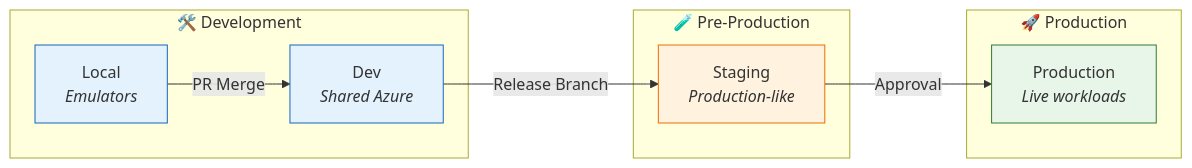
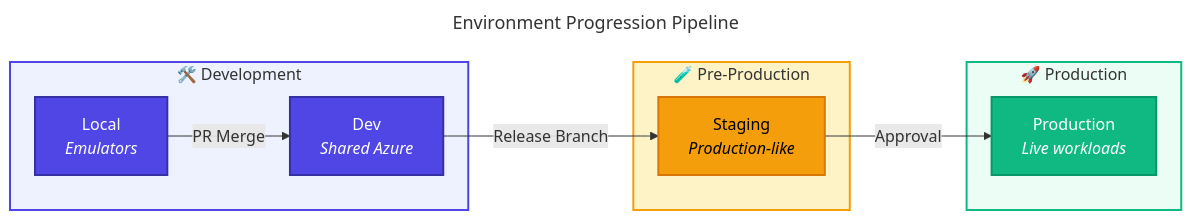
Before and after one commit to Evilazaro/Azure-LogicApps-Monitoring: the second of 2 diagrams in docs/architecture/04-technology-architecture.md, drawn with Mermaid. The commit also changed other lines of this file and 1 other file, not shown here.

Commit message:
refactor: Enhance technology and observability architecture documentation with improved diagrams, connections, and class definitions

````diff
--- a/docs/architecture/04-technology-architecture.md
+++ b/docs/architecture/04-technology-architecture.md
@@ -201,27 +222,41 @@
 ```mermaid
+---
+title: Environment Progression Pipeline
+---
 flowchart LR
+    %% ===== DEVELOPMENT =====
     subgraph Dev["🛠️ Development"]
         Local["Local<br/><i>Emulators</i>"]
         DevEnv["Dev<br/><i>Shared Azure</i>"]
     end
 
+    %% ===== PRE-PRODUCTION =====
     subgraph PreProd["🧪 Pre-Production"]
         Staging["Staging<br/><i>Production-like</i>"]
     end
 
+    %% ===== PRODUCTION =====
     subgraph Prod["🚀 Production"]
         ProdMain["Production<br/><i>Live workloads</i>"]
     end
 
+    %% ===== CONNECTIONS =====
     Local -->|"PR Merge"| DevEnv
     DevEnv -->|"Release Branch"| Staging
     Staging -->|"Approval"| ProdMain
 
-    classDef dev fill:#e3f2fd,stroke:#1565c0
-    classDef preprod fill:#fff3e0,stroke:#ef6c00
-    classDef prod fill:#e8f5e9,stroke:#2e7d32
+    %% ===== CLASS DEFINITIONS =====
+    classDef primary fill:#4F46E5,stroke:#3730A3,color:#FFFFFF,stroke-width:2px
+    classDef datastore fill:#F59E0B,stroke:#D97706,color:#000000,stroke-width:2px
+    classDef secondary fill:#10B981,stroke:#059669,color:#FFFFFF,stroke-width:2px
 
-    class Local,DevEnv dev
-    class Staging preprod
-    class ProdMain prod
+    %% ===== CLASS ASSIGNMENTS =====
+    class Local,DevEnv primary
+    class Staging datastore
+    class ProdMain secondary
+
+    %% ===== SUBGRAPH STYLES =====
+    style Dev fill:#EEF2FF,stroke:#4F46E5,stroke-width:2px
+    style PreProd fill:#FEF3C7,stroke:#F59E0B,stroke-width:2px
+    style Prod fill:#ECFDF5,stroke:#10B981,stroke-width:2px
 ```
````
